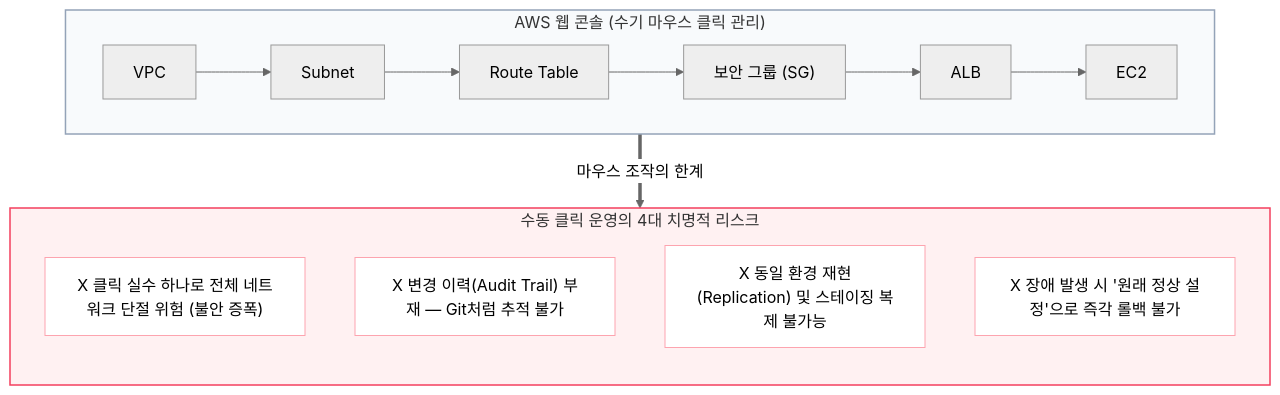
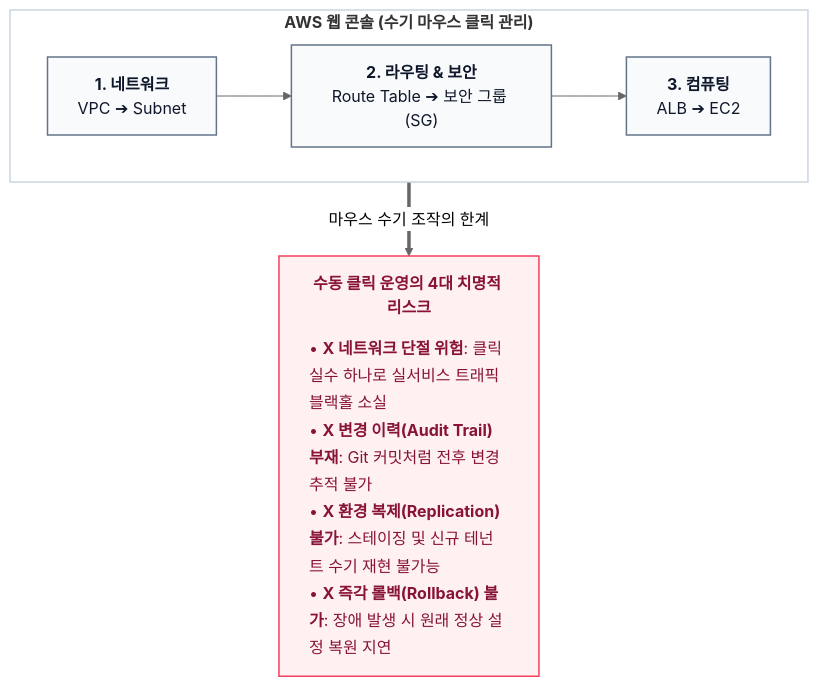
The first of 5 diagrams in _posts/tech/ai-agent-architecture/8 어차피 도커인데 앤서블은 왜 썼을까.md (tomato-vault/tomato-vault.github.io), drawn with Mermaid (neutral theme) before and after one commit. The commit also changed other lines of this file and 13 other files, not shown here.

First line of the commit message:
Refactor and enhance AI agent architecture documentation

````diff
--- a/_posts/tech/ai-agent-architecture/8 어차피 도커인데 앤서블은 왜 썼을까.md
+++ b/_posts/tech/ai-agent-architecture/8 어차피 도커인데 앤서블은 왜 썼을까.md
@@ -49,24 +49,19 @@
 ```mermaid
 flowchart TD
-    subgraph CONSOLE ["AWS 웹 콘솔 (수기 마우스 클릭 관리)"]
+    classDef flow fill:#f8fafc,stroke:#64748b,stroke-width:1.5px,color:#0f172a
+    classDef risk fill:#fff1f2,stroke:#f43f5e,stroke-width:1.5px,color:#881337
+
+    subgraph CONSOLE ["<b>AWS 웹 콘솔 (수기 마우스 클릭 관리)</b>"]
         direction LR
-        VPC["VPC"] --> SUB["Subnet"] --> RT["Route Table"] --> SG["보안 그룹 (SG)"] --> ALB["ALB"] --> EC2["EC2"]
+        C1["<b>1. 네트워크</b><br/>VPC ➔ Subnet"]:::flow
+        C2["<b>2. 라우팅 & 보안</b><br/>Route Table ➔ 보안 그룹 (SG)"]:::flow
+        C3["<b>3. 컴퓨팅</b><br/>ALB ➔ EC2"]:::flow
+        C1 --> C2 --> C3
     end
 
-    subgraph RISKS ["수동 클릭 운영의 4대 치명적 리스크"]
-        direction TB
-        R1["X 클릭 실수 하나로 전체 네트워크 단절 위험 (불안 증폭)"]
-        R2["X 변경 이력(Audit Trail) 부재 — Git처럼 추적 불가"]
-        R3["X 동일 환경 재현(Replication) 및 스테이징 복제 불가능"]
-        R4["X 장애 발생 시 '원래 정상 설정'으로 즉각 롤백 불가"]
-    end
+    CONSOLE ==>|"마우스 수기 조작의 한계"| RISKS
 
-    CONSOLE ==>|마우스 조작의 한계| RISKS
+    RISKS["<div style='text-align:center;'><b>수동 클릭 운영의 4대 치명적 리스크</b></div><hr style='margin:8px 0; border:none; border-top:1px solid #fda4af;'/><div style='text-align:left; line-height:1.7;'>• <b>X 네트워크 단절 위험</b>: 클릭 실수 하나로 실서비스 트래픽 블랙홀 소실<br/>• <b>X 변경 이력(Audit Trail) 부재</b>: Git 커밋처럼 전후 변경 추적 불가<br/>• <b>X 환경 복제(Replication) 불가</b>: 스테이징 및 신규 테넌트 수기 재현 불가능<br/>• <b>X 즉각 롤백(Rollback) 불가</b>: 장애 발생 시 원래 정상 설정 복원 지연</div>"]:::risk
 
-    style CONSOLE fill:#f8fafc,stroke:#94a3b8,stroke-width:1.5px;
-    style RISKS fill:#fff1f2,stroke:#f43f5e,stroke-width:1.5px;
-    style R1 fill:#ffffff,stroke:#fda4af,stroke-width:1px;
-    style R2 fill:#ffffff,stroke:#fda4af,stroke-width:1px;
-    style R3 fill:#ffffff,stroke:#fda4af,stroke-width:1px;
-    style R4 fill:#ffffff,stroke:#fda4af,stroke-width:1px;
+    style CONSOLE fill:#ffffff,stroke:#cbd5e1,stroke-width:1.5px
 ```
````
